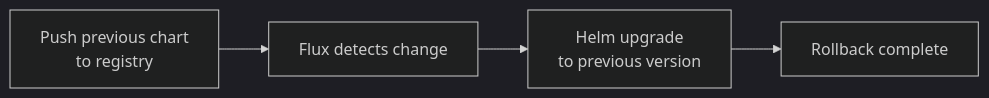
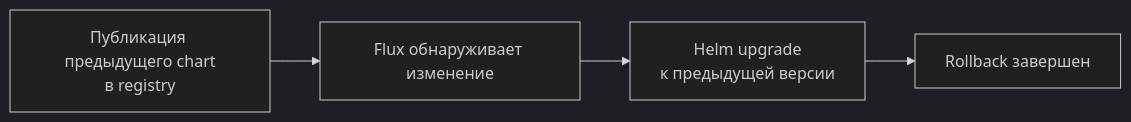
One commit to katamarina-ru/cozystack-website changed the fifth of 9 diagrams in content/en/docs/v1.3/guides/concepts.md. Above: the diagram before and after it, drawn with Mermaid (dark theme). The commit also changed other lines of this file and 55 other files, not shown here.

````diff
--- a/content/en/docs/v1.3/guides/concepts.md
+++ b/content/en/docs/v1.3/guides/concepts.md
@@ -228,9 +228,9 @@
 ```mermaid
 flowchart LR
-    PUSH["Push previous chart<br/>to registry"]
-    FLUX["Flux detects change"]
-    UP["Helm upgrade<br/>to previous version"]
-    OK["Rollback complete"]
+    PUSH["Публикация предыдущего chart<br/>в registry"]
+    FLUX["Flux обнаруживает изменение"]
+    UP["Helm upgrade<br/>к предыдущей версии"]
+    OK["Rollback завершен"]
 
     PUSH --> FLUX --> UP --> OK
 ```
````
